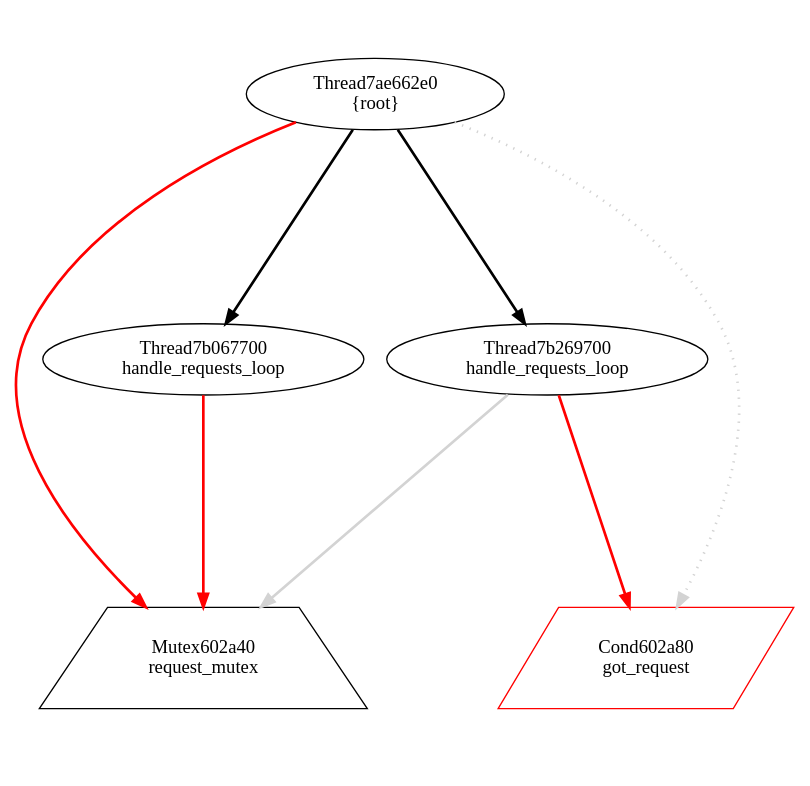
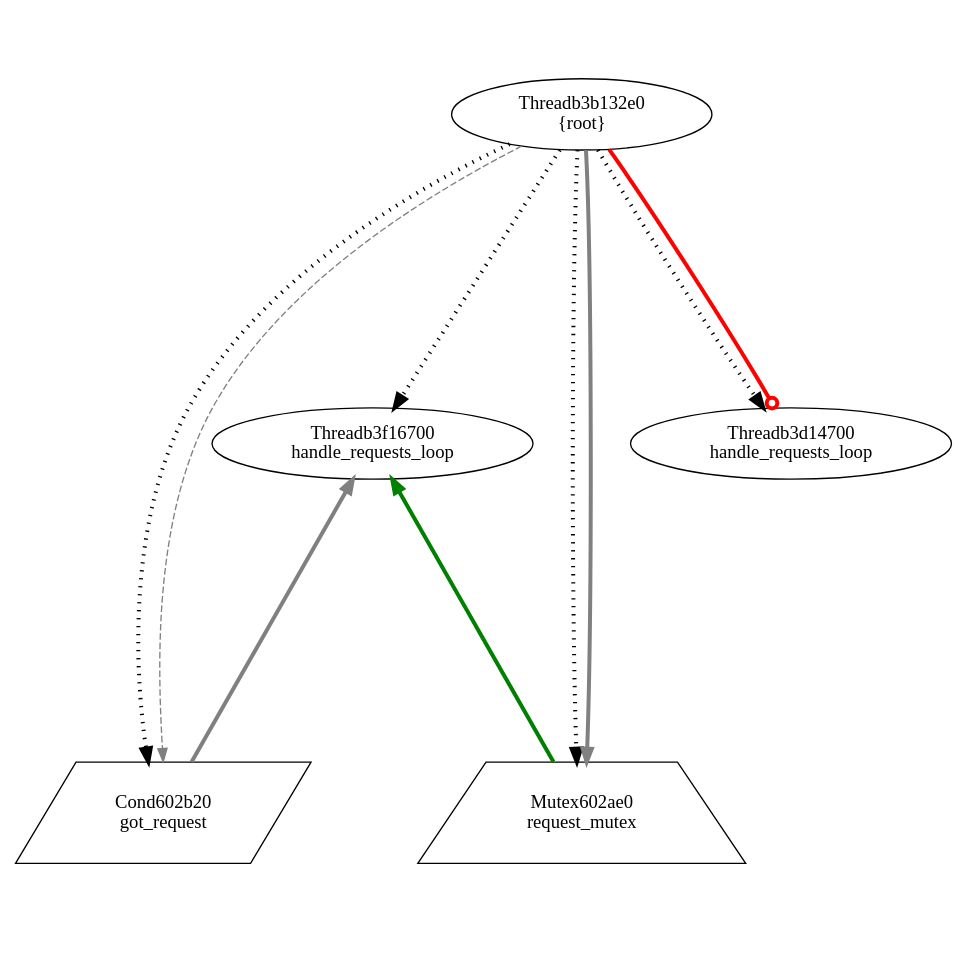
One commit to v4o6/cs410 changed the diagram in view/dot/graph023.dot. Above: the diagram before and after it, drawn with Graphviz. The commit also changed 109 other files, not shown here.

```diff
--- a/view/dot/graph023.dot
+++ b/view/dot/graph023.dot
@@ -1,15 +1,17 @@
 digraph G {
 graph[center=true, ratio=1];
-Mutex602a40 [shape=trapezium,color=black,label="Mutex602a40\nrequest_mutex"];
-Cond602a80 [shape=parallelogram,color=red,label="Cond602a80\ngot_request"];
-Thread7ae662e0 [color=black,label="Thread7ae662e0\n{root}"];
-Thread7ae662e0 -> Mutex602a40 [arrowhead=normal,color=red,penwidth=2];
-Thread7ae662e0 -> Cond602a80 [style=dotted,color=lightgray,penwidth=2];
-Thread7ae662e0 -> Thread7b269700 [arrowhead=normal,penwidth=2];
-Thread7ae662e0 -> Thread7b067700 [arrowhead=normal,penwidth=2];
-Thread7b269700 [color=black,label="Thread7b269700\nhandle_requests_loop"];
-Thread7b269700 -> Mutex602a40 [arrowhead=normal,color=lightgray,penwidth=2];
-Thread7b269700 -> Cond602a80 [arrowhead=normal,color=red,penwidth=2];
-Thread7b067700 [color=black,label="Thread7b067700\nhandle_requests_loop"];
-Thread7b067700 -> Mutex602a40 [arrowhead=normal,color=red,penwidth=2];
+Threadb3f16700 [color=black,label="Threadb3f16700\nhandle_requests_loop"];
+Threadb3f16700 -> Cond602b20 [arrowhead=normal,color=grey,dir=back,penwidth=3];
+Threadb3f16700 -> Mutex602ae0 [arrowhead=normal,color=green,dir=back,penwidth=3];
+Threadb3d14700 [color=black,label="Threadb3d14700\nhandle_requests_loop"];
+Threadb3b132e0 [color=black,label="Threadb3b132e0\n{root}"];
+Threadb3b132e0 -> Mutex602ae0 [style=dotted,arrowhead=normal,penwidth=3];
+Threadb3b132e0 -> Cond602b20 [style=dotted,arrowhead=normal,penwidth=3];
+Threadb3b132e0 -> Threadb3d14700 [style=dotted,arrowhead=normal,penwidth=3];
+Threadb3b132e0 -> Threadb3f16700 [style=dotted,arrowhead=normal,penwidth=3];
+Threadb3b132e0 -> Threadb3d14700 [arrowhead=odot,color=red,penwidth=3];
+Threadb3b132e0 -> Cond602b20 [style=dashed,color=grey,penwdith=6];
+Threadb3b132e0 -> Mutex602ae0 [arrowhead=normal,color=grey,penwidth=3];
+Cond602b20 [shape=parallelogram,color=black,label="Cond602b20\ngot_request"];
+Mutex602ae0 [shape=trapezium,color=black,label="Mutex602ae0\nrequest_mutex"];
 }
```
